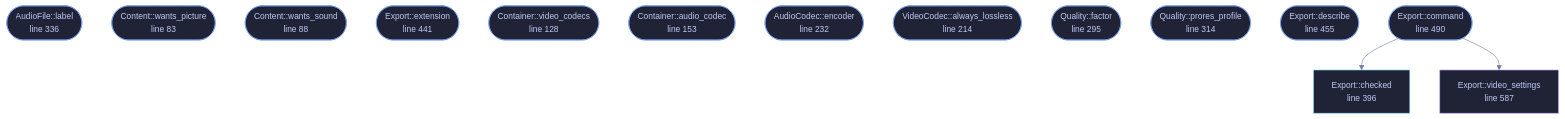
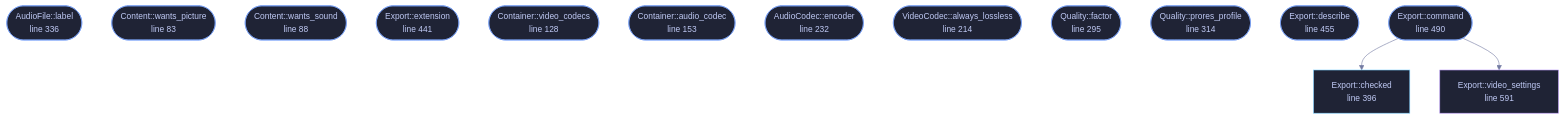
Before and after one commit to tilas01/veilvoice: the diagram in wiki/File-veilvoice-video-export.md, drawn with Mermaid. The commit also changed other lines of this file and 82 other files, not shown here.

````diff
--- a/wiki/File-veilvoice-video-export.md
+++ b/wiki/File-veilvoice-video-export.md
@@ -117,56 +117,56 @@
 ```mermaid
 %%{init: {"theme":"base","themeVariables":{"background":"#1a1b26","primaryColor":"#1f2335","primaryTextColor":"#c0caf5","primaryBorderColor":"#7aa2f7","secondaryColor":"#16161e","tertiaryColor":"#16161e","lineColor":"#737aa2","textColor":"#c0caf5","mainBkg":"#1f2335","nodeBorder":"#7aa2f7","clusterBkg":"#16161e","clusterBorder":"#2f3549","fontFamily":"ui-monospace, SFMono-Regular, Consolas, monospace","fontSize":"14px"}}}%%
 flowchart TD
     n_label(["Content::label<br/>line 74"])
     n_wants_picture(["Content::wants_picture<br/>line 83"])
     n_wants_sound(["Content::wants_sound<br/>line 88"])
     n_label(["Container::label<br/>line 110"])
     n_extension(["Container::extension<br/>line 119"])
     n_video_codecs(["Container::video_codecs<br/>line 128"])
     n_audio_codec(["Container::audio_codec<br/>line 153"])
     n_label(["VideoCodec::label<br/>line 181"])
     n_encoder(["VideoCodec::encoder<br/>line 199"])
     n_always_lossless(["VideoCodec::always_lossless<br/>line 214"])
     n_encoder(["AudioCodec::encoder<br/>line 232"])
     n_label(["AudioCodec::label<br/>line 243"])
     n_label(["Quality::label<br/>line 281"])
     n_factor(["Quality::factor<br/>line 295"])
     n_prores_profile(["Quality::prores_profile<br/>line 314"])
     n_label(["AudioFile::label<br/>line 336"])
     n_extension(["AudioFile::extension<br/>line 344"])
     n_checked["Export::checked<br/>line 396"]
     n_extension(["Export::extension<br/>line 441"])
     n_describe(["Export::describe<br/>line 455"])
     n_command(["Export::command<br/>line 490"])
-    n_video_settings["Export::video_settings<br/>line 587"]
+    n_video_settings["Export::video_settings<br/>line 591"]
     n_command --> n_checked
     n_command --> n_video_settings
     click n_label href "https://github.com/tilas01/veilvoice/blob/main/crates/veilvoice-video/src/export.rs#L74" "open the source"
     click n_wants_picture href "https://github.com/tilas01/veilvoice/blob/main/crates/veilvoice-video/src/export.rs#L83" "open the source"
     click n_wants_sound href "https://github.com/tilas01/veilvoice/blob/main/crates/veilvoice-video/src/export.rs#L88" "open the source"
     click n_label href "https://github.com/tilas01/veilvoice/blob/main/crates/veilvoice-video/src/export.rs#L110" "open the source"
     click n_extension href "https://github.com/tilas01/veilvoice/blob/main/crates/veilvoice-video/src/export.rs#L119" "open the source"
     click n_video_codecs href "https://github.com/tilas01/veilvoice/blob/main/crates/veilvoice-video/src/export.rs#L128" "open the source"
     click n_audio_codec href "https://github.com/tilas01/veilvoice/blob/main/crates/veilvoice-video/src/export.rs#L153" "open the source"
     click n_label href "https://github.com/tilas01/veilvoice/blob/main/crates/veilvoice-video/src/export.rs#L181" "open the source"
     click n_encoder href "https://github.com/tilas01/veilvoice/blob/main/crates/veilvoice-video/src/export.rs#L199" "open the source"
     click n_always_lossless href "https://github.com/tilas01/veilvoice/blob/main/crates/veilvoice-video/src/export.rs#L214" "open the source"
     click n_encoder href "https://github.com/tilas01/veilvoice/blob/main/crates/veilvoice-video/src/export.rs#L232" "open the source"
     click n_label href "https://github.com/tilas01/veilvoice/blob/main/crates/veilvoice-video/src/export.rs#L243" "open the source"
     click n_label href "https://github.com/tilas01/veilvoice/blob/main/crates/veilvoice-video/src/export.rs#L281" "open the source"
     click n_factor href "https://github.com/tilas01/veilvoice/blob/main/crates/veilvoice-video/src/export.rs#L295" "open the source"
     click n_prores_profile href "https://github.com/tilas01/veilvoice/blob/main/crates/veilvoice-video/src/export.rs#L314" "open the source"
     click n_label href "https://github.com/tilas01/veilvoice/blob/main/crates/veilvoice-video/src/export.rs#L336" "open the source"
     click n_extension href "https://github.com/tilas01/veilvoice/blob/main/crates/veilvoice-video/src/export.rs#L344" "open the source"
     click n_checked href "https://github.com/tilas01/veilvoice/blob/main/crates/veilvoice-video/src/export.rs#L396" "open the source"
     click n_extension href "https://github.com/tilas01/veilvoice/blob/main/crates/veilvoice-video/src/export.rs#L441" "open the source"
     click n_describe href "https://github.com/tilas01/veilvoice/blob/main/crates/veilvoice-video/src/export.rs#L455" "open the source"
     click n_command href "https://github.com/tilas01/veilvoice/blob/main/crates/veilvoice-video/src/export.rs#L490" "open the source"
-    click n_video_settings href "https://github.com/tilas01/veilvoice/blob/main/crates/veilvoice-video/src/export.rs#L587" "open the source"
+    click n_video_settings href "https://github.com/tilas01/veilvoice/blob/main/crates/veilvoice-video/src/export.rs#L591" "open the source"
     classDef entry fill:#1f2335,stroke:#7aa2f7,color:#c0caf5
     class n_label,n_wants_picture,n_wants_sound,n_label,n_extension,n_video_codecs,n_audio_codec,n_label,n_encoder,n_always_lossless,n_encoder,n_label,n_label,n_factor,n_prores_profile,n_label,n_extension,n_extension,n_describe,n_command entry
     classDef api fill:#1f2335,stroke:#7dcfff,color:#c0caf5
     class n_checked api
     classDef helper fill:#1f2335,stroke:#bb9af7,color:#c0caf5
     class n_video_settings helper
 ```
````
